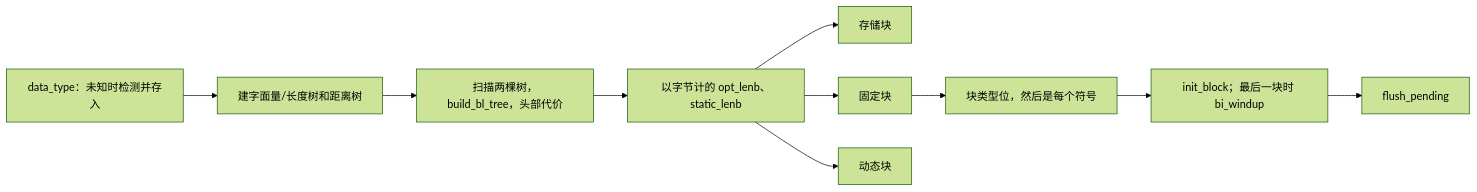
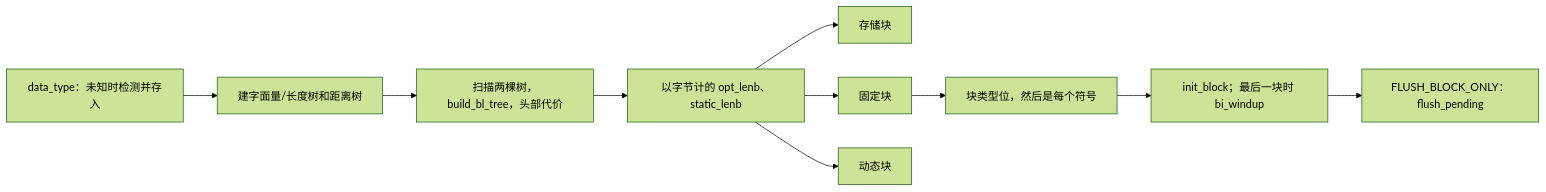
One commit to cla7aye15I4nd/oss-proof changed the second of 2 diagrams in docs/proof/deflate-default-engine.zh.md. Above: the diagram before and after it, drawn with Mermaid (forest theme). The commit also changed other lines of this file and 1 other file, not shown here.

````diff
--- a/docs/proof/deflate-default-engine.zh.md
+++ b/docs/proof/deflate-default-engine.zh.md
@@ -82,12 +95,12 @@
 ```mermaid
 flowchart LR
     hint["data_type：未知时检测并存入"] --> trees["建字面量/长度树和距离树"]
     trees --> bl["扫描两棵树，build_bl_tree，头部代价"]
     bl --> costs["以字节计的 opt_lenb、static_lenb"]
     costs --> stored["存储块"]
     costs --> fixed["固定块"]
     costs --> dynamic["动态块"]
     fixed --> payload["块类型位，然后是每个符号"]
     payload --> reset["init_block；最后一块时 bi_windup"]
-    reset --> publish["flush_pending"]
+    reset --> publish["FLUSH_BLOCK_ONLY：flush_pending"]
 ```
````
